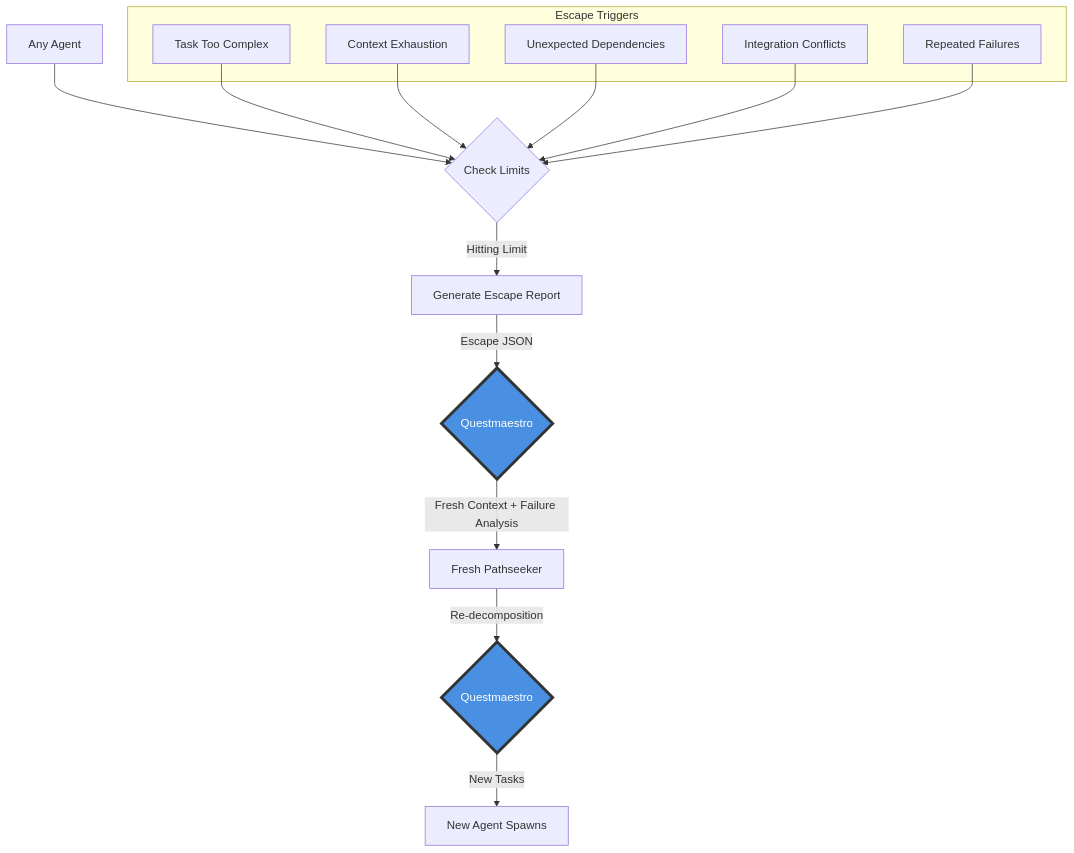
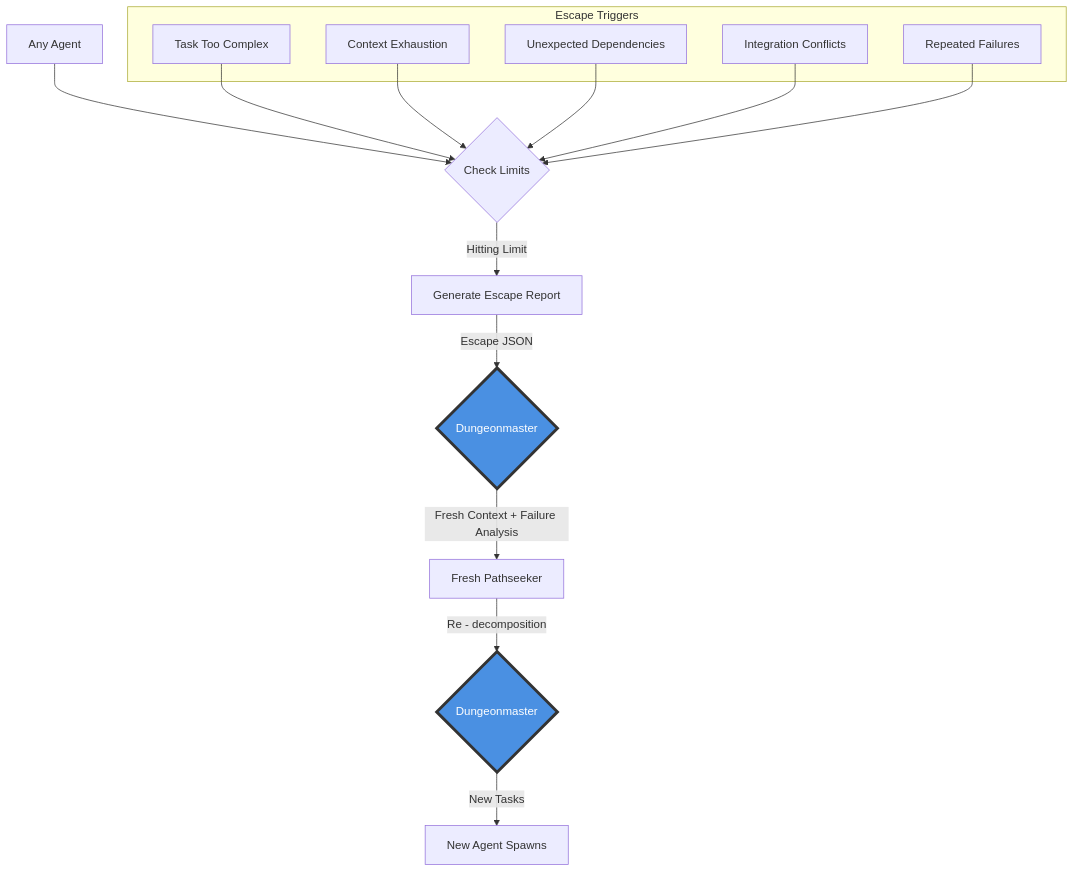
Before and after one commit to StupidIncarnate/codex-of-consentient-craft: the second of 8 diagrams in llm-madness/framework/orchestration-flows.md, drawn with Mermaid. The commit also changed other lines of this file and 364 other files, not shown here.

````diff
--- a/llm-madness/framework/orchestration-flows.md
+++ b/llm-madness/framework/orchestration-flows.md
@@ -57,30 +56,28 @@
 ```mermaid
 flowchart TD
     subgraph EscapeTriggers[Escape Triggers]
         ET1[Task Too Complex]
         ET2[Context Exhaustion]
         ET3[Unexpected Dependencies]
         ET4[Integration Conflicts]
         ET5[Repeated Failures]
     end
     
     Agent[Any Agent] --> Check{Check Limits}
     Check -->|Hitting Limit| Escape[Generate Escape Report]
-    
-    Escape -->|Escape JSON| QM{Questmaestro}
+    Escape -->|Escape JSON| QM{Dungeonmaster}
     
     QM -->|Fresh Context + Failure Analysis| PS[Fresh Pathseeker]
-    
-    PS -->|Re-decomposition| QM2{Questmaestro}
+    PS -->|Re - decomposition| QM2{Dungeonmaster}
     
     QM2 -->|New Tasks| NewAgents[New Agent Spawns]
     
     ET1 --> Check
     ET2 --> Check
     ET3 --> Check
     ET4 --> Check
     ET5 --> Check
     
     style QM fill:#4a90e2,stroke:#333,stroke-width:4px,color:#fff
     style QM2 fill:#4a90e2,stroke:#333,stroke-width:4px,color:#fff
 ```
````
